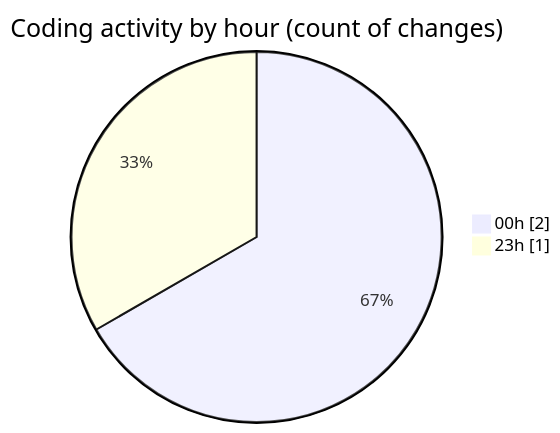
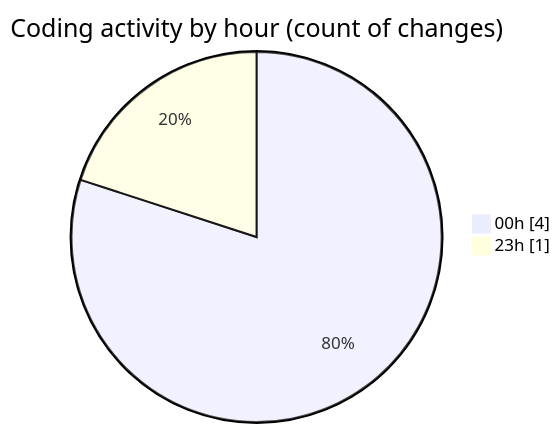
One commit to EIIisD/code-tracking changed the second of 2 diagrams in 2025-07-11/fish/README.md. Above: the diagram before and after it, drawn with Mermaid. The commit also changed other lines of this file and 1 other file, not shown here.

````diff
--- a/2025-07-11/fish/README.md
+++ b/2025-07-11/fish/README.md
@@ -28,6 +30,6 @@
 ```mermaid
 pie showData
 title Coding activity by hour (count of changes)
-"00h" : 2
+"00h" : 4
 "23h" : 1
 ```
````
